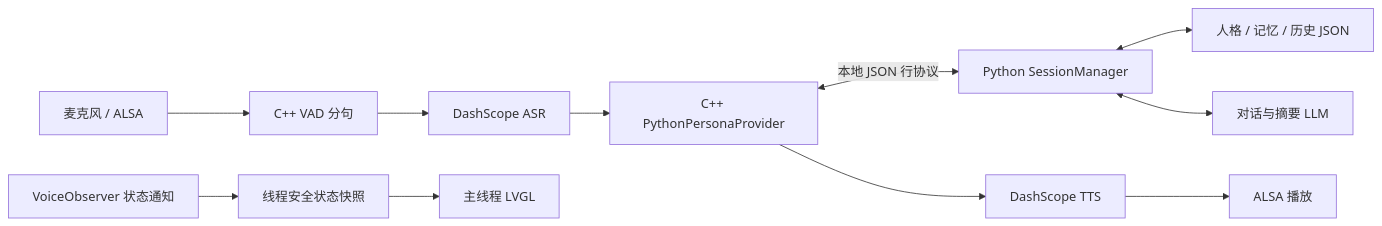
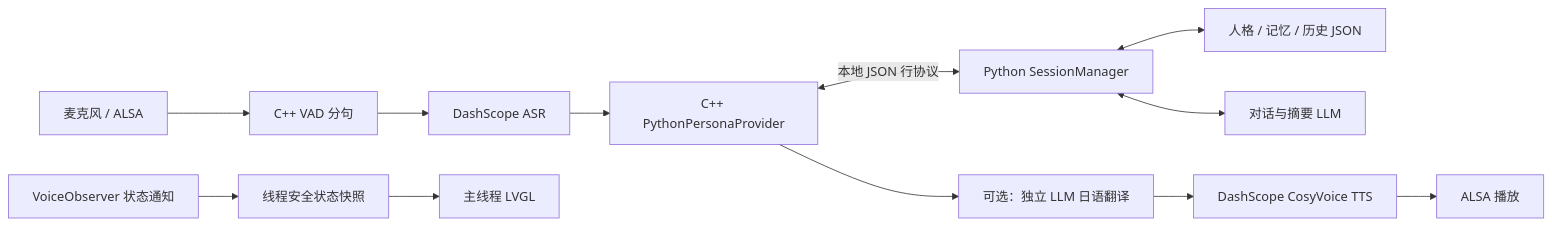
Before and after one commit to hyfzero/RootLink: the first of 2 diagrams in embedded/rv1106/DEVELOPER_MANUAL.md, drawn with Mermaid. The commit also changed other lines of this file and 19 other files, not shown here.

Commit message:
feat: add Japanese CosyVoice speech and phase timeout diagnostics

````diff
--- a/embedded/rv1106/DEVELOPER_MANUAL.md
+++ b/embedded/rv1106/DEVELOPER_MANUAL.md
@@ -9,13 +9,14 @@
 ```mermaid
 flowchart LR
     Mic[麦克风 / ALSA] --> VAD[C++ VAD 分句]
     VAD --> ASR[DashScope ASR]
     ASR --> Bridge[C++ PythonPersonaProvider]
     Bridge <-->|本地 JSON 行协议| Core[Python SessionManager]
     Core <--> Data[人格 / 记忆 / 历史 JSON]
     Core <--> LLM[对话与摘要 LLM]
-    Bridge --> TTS[DashScope TTS]
+    Bridge --> Translation[可选：独立 LLM 日语翻译]
+    Translation --> TTS[DashScope CosyVoice TTS]
     TTS --> Speaker[ALSA 播放]
     Observer[VoiceObserver 状态通知] --> Mailbox[线程安全状态快照]
     Mailbox --> UI[主线程 LVGL]
 ```
````
